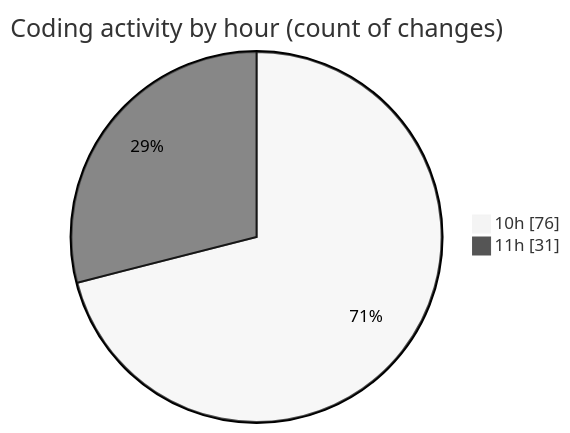
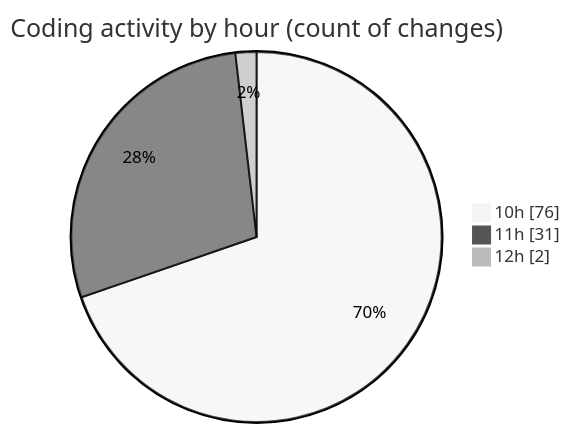
The second of 2 diagrams in 2025-08-18/vps-v1/README.md (lephambinh05/code-tracking), drawn with Mermaid (neutral theme) before and after one commit. The commit also changed other lines of this file and 1 other file, not shown here.

````diff
--- a/2025-08-18/vps-v1/README.md
+++ b/2025-08-18/vps-v1/README.md
@@ -90,6 +91,7 @@
 ```mermaid
 pie showData
 title Coding activity by hour (count of changes)
 "10h" : 76
 "11h" : 31
+"12h" : 2
 ```
````
